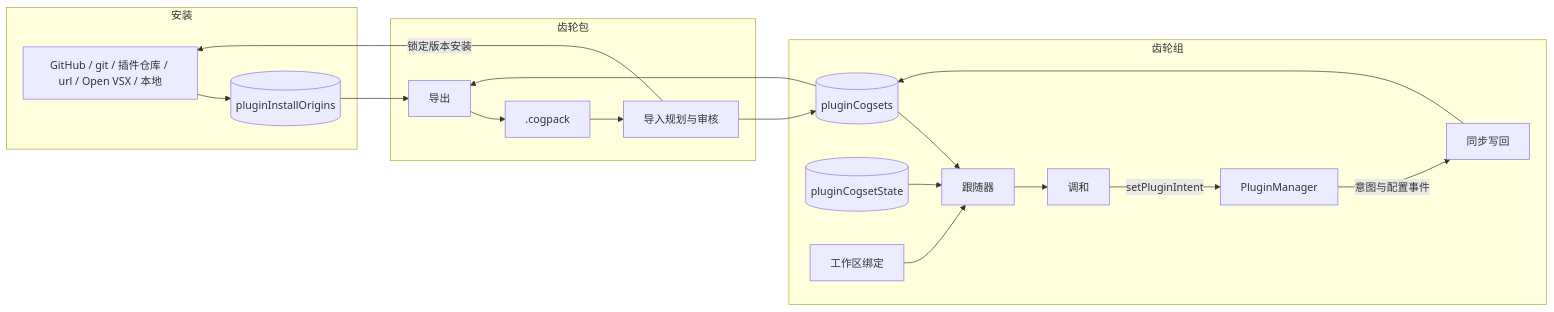
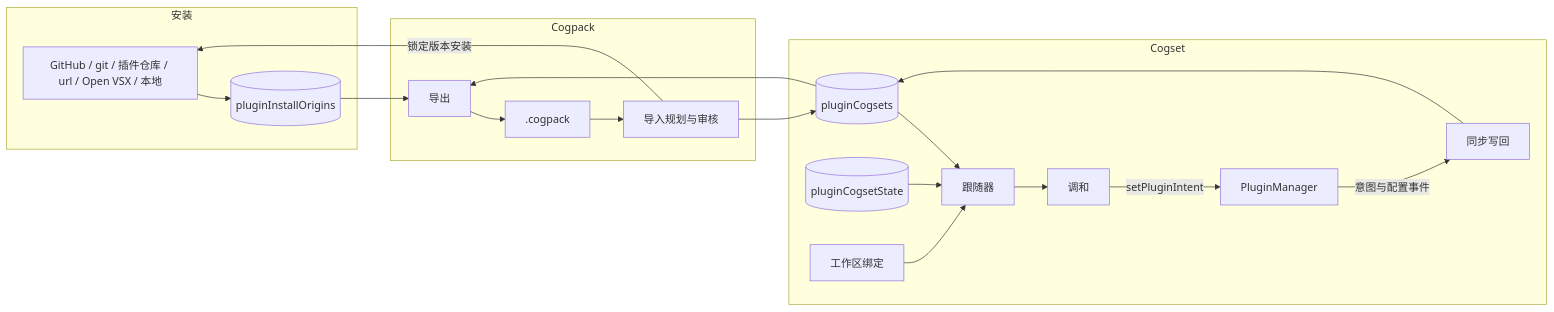
One commit to cognia-labs/cognia-docs changed the diagram in content/docs/zh/subsystems/plugin-system/cogsets-and-cogpacks.mdx. Above: the diagram before and after it, drawn with Mermaid. The commit also changed other lines of this file and 6 other files, not shown here.

````diff
--- a/content/docs/zh/subsystems/plugin-system/cogsets-and-cogpacks.mdx
+++ b/content/docs/zh/subsystems/plugin-system/cogsets-and-cogpacks.mdx
@@ -37,23 +37,23 @@
 ```mermaid
 flowchart LR
   subgraph 安装
     I1[GitHub / git / 插件仓库 / url / Open VSX / 本地] --> O[(pluginInstallOrigins)]
   end
-  subgraph 齿轮组
+  subgraph Cogset
     C[(pluginCogsets)] --> F[跟随器]
     S[(pluginCogsetState)] --> F
     W[工作区绑定] --> F
     F --> R[调和]
     R -->|setPluginIntent| M[PluginManager]
     M -->|意图与配置事件| WT[同步写回]
     WT --> C
   end
-  subgraph 齿轮包
+  subgraph Cogpack
     C --> E[导出]
     O --> E
     E --> P[.cogpack]
     P --> IM[导入规划与审核]
     IM -->|锁定版本安装| I1
     IM --> C
   end
 ```
````
